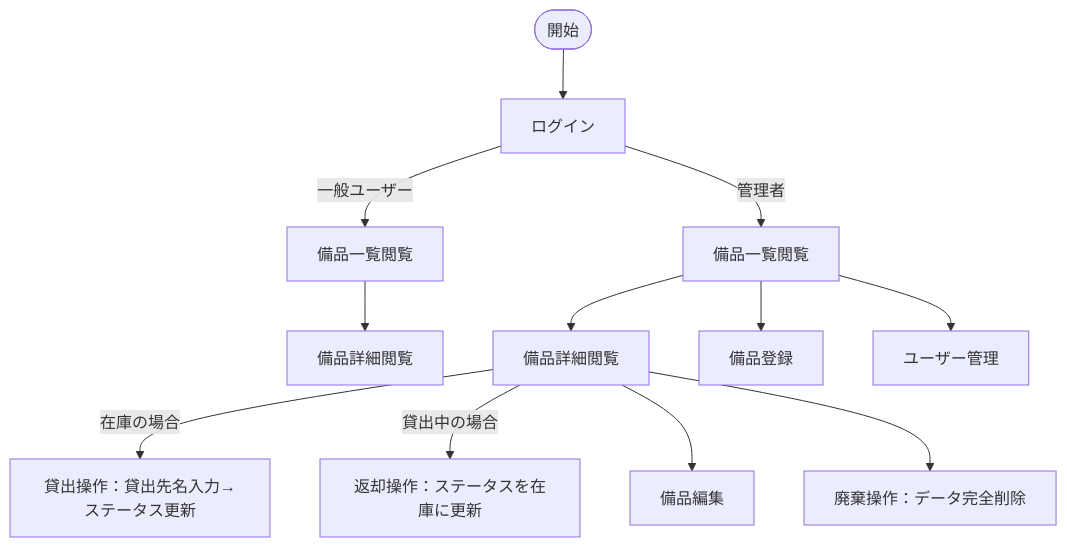
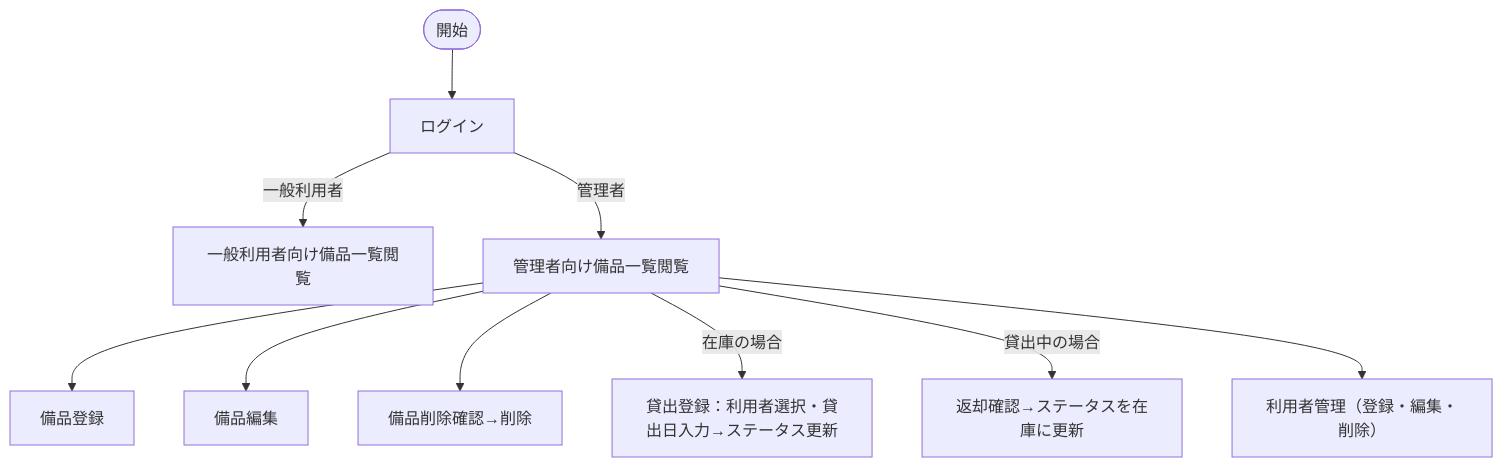
Before and after one commit to notfolder/isdd: the third of 3 diagrams in docs/requirements.md, drawn with Mermaid. The commit also changed other lines of this file and 5 other files, not shown here.

````diff
--- a/docs/requirements.md
+++ b/docs/requirements.md
@@ -184,14 +249,12 @@
 ```mermaid
 flowchart TD
     Start([開始]) --> Login[ログイン]
-    Login -->|一般ユーザー| ViewList[備品一覧閲覧]
-    Login -->|管理者| AdminList[備品一覧閲覧]
-    ViewList --> ViewDetail[備品詳細閲覧]
-    AdminList --> AdminDetail[備品詳細閲覧]
+    Login -->|一般利用者| ViewList[一般利用者向け備品一覧閲覧]
+    Login -->|管理者| AdminList[管理者向け備品一覧閲覧]
     AdminList --> CreateEquipment[備品登録]
-    AdminList --> UserMgmt[ユーザー管理]
-    AdminDetail -->|在庫の場合| LendOp[貸出操作：貸出先名入力→ステータス更新]
-    AdminDetail -->|貸出中の場合| ReturnOp[返却操作：ステータスを在庫に更新]
-    AdminDetail --> EditOp[備品編集]
-    AdminDetail --> DeleteOp[廃棄操作：データ完全削除]
+    AdminList --> EditEquipment[備品編集]
+    AdminList --> DeleteEquipment[備品削除確認→削除]
+    AdminList -->|在庫の場合| LoanOp[貸出登録：利用者選択・貸出日入力→ステータス更新]
+    AdminList -->|貸出中の場合| ReturnOp[返却確認→ステータスを在庫に更新]
+    AdminList --> BorrowerMgmt[利用者管理（登録・編集・削除）]
 ```
````
